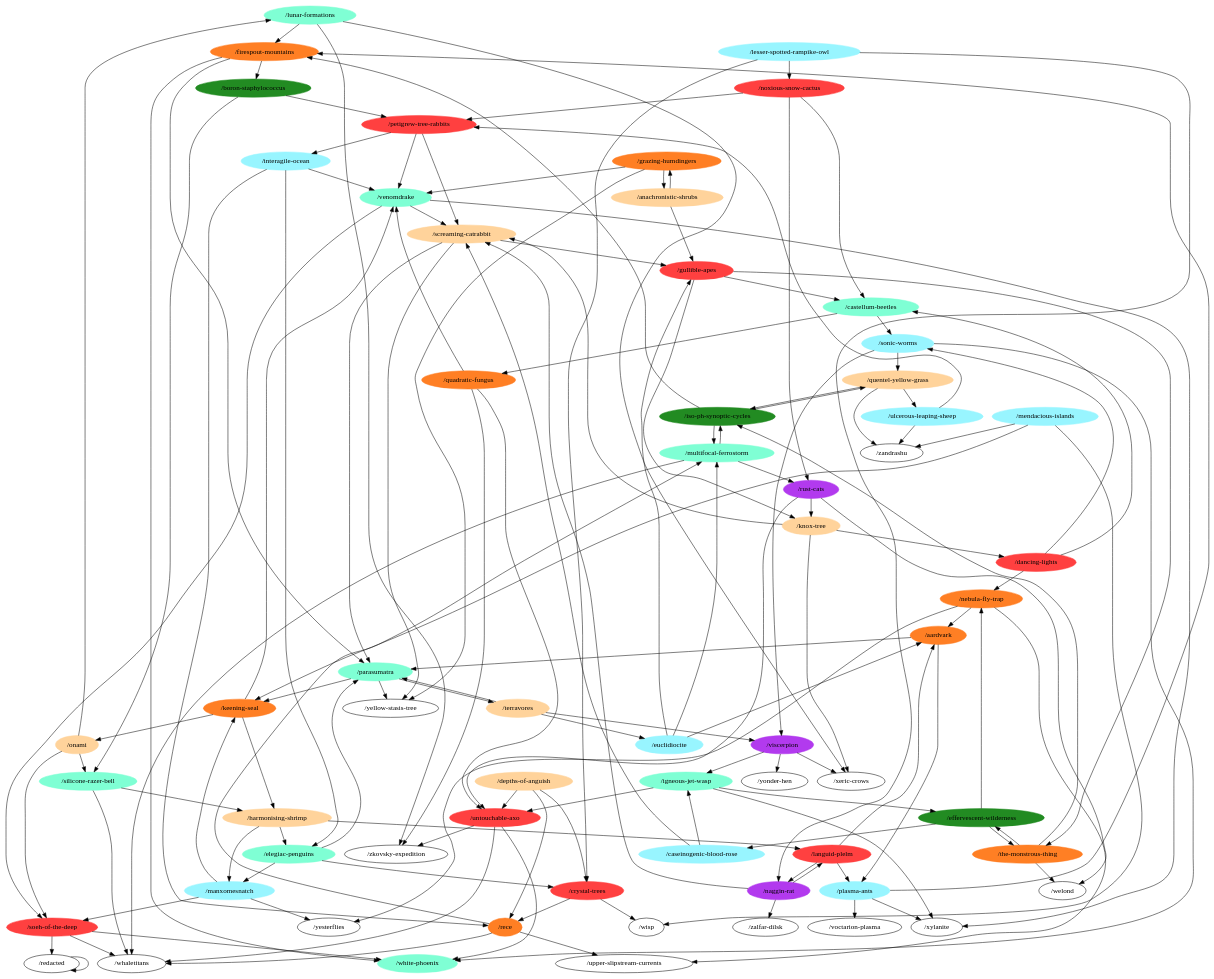
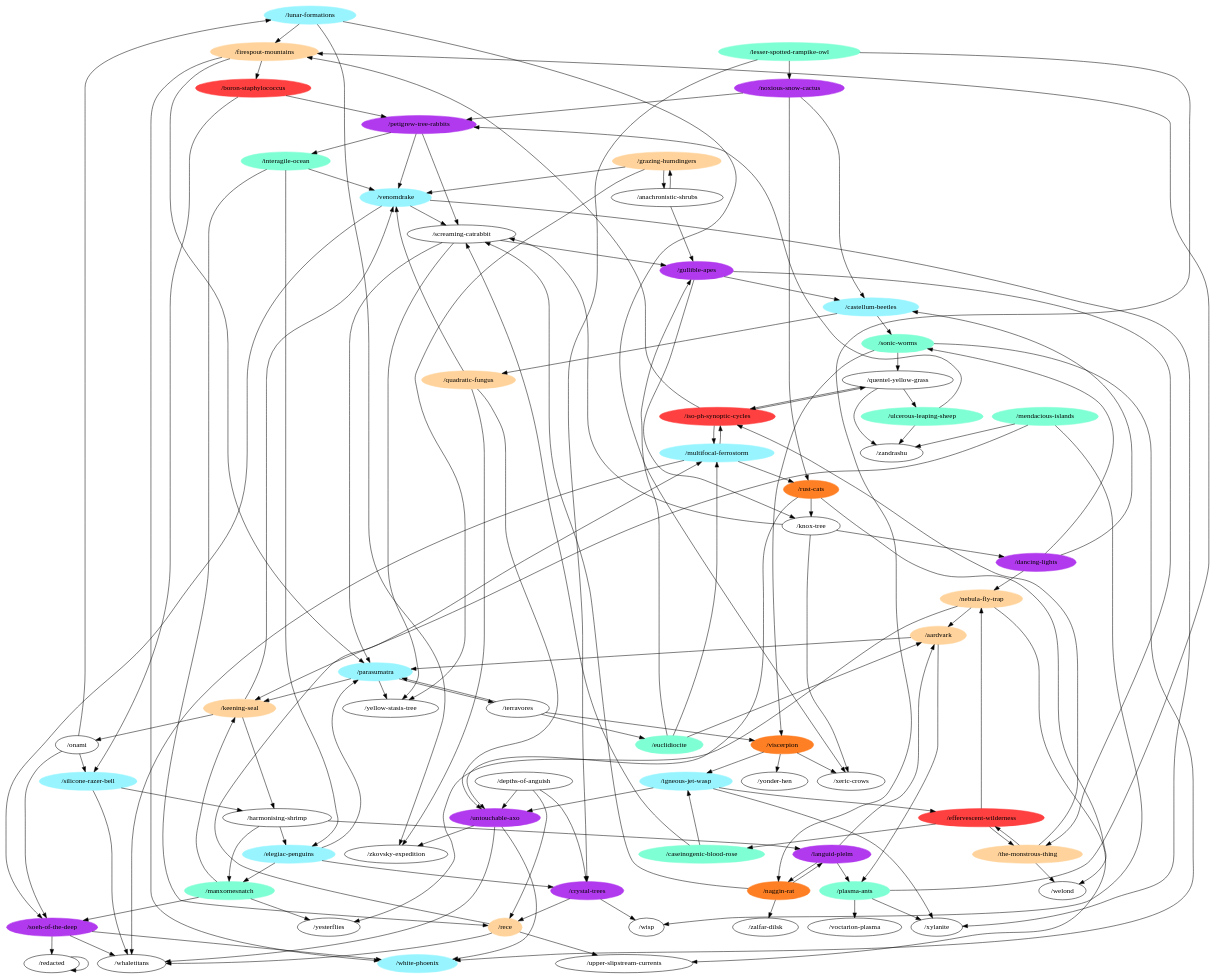
The diagram in general.dot (m-r-hunt/od117-walker), drawn with Graphviz before and after one commit. The commit also changed 3 other files, not shown here.

Commit message:
Update graphs.

```diff
--- a/general.dot
+++ b/general.dot
@@ -1,198 +1,198 @@
 digraph G {
-"/lunar-formations" [color=aquamarine,style=filled];
-"/naggin-rat" [color=darkorchid2,style=filled];
-"/iso-ph-synoptic-cycles" [color=forestgreen,style=filled];
-"/multifocal-ferrostorm" [color=aquamarine,style=filled];
-"/effervescent-wilderness" [color=forestgreen,style=filled];
-"/harmonising-shrimp" [color=burlywood1,style=filled];
-"/soeh-of-the-deep" [color=brown1,style=filled];
-"/boron-staphylococcus" [color=forestgreen,style=filled];
-"/untouchable-axo" [color=brown1,style=filled];
-"/castellum-beetles" [color=aquamarine,style=filled];
+"/lunar-formations" [color=cadetblue1,style=filled];
+"/naggin-rat" [color=chocolate1,style=filled];
+"/iso-ph-synoptic-cycles" [color=brown1,style=filled];
+"/multifocal-ferrostorm" [color=cadetblue1,style=filled];
+"/effervescent-wilderness" [color=brown1,style=filled];
+"/harmonising-shrimp";
+"/soeh-of-the-deep" [color=darkorchid2,style=filled];
+"/boron-staphylococcus" [color=brown1,style=filled];
+"/untouchable-axo" [color=darkorchid2,style=filled];
+"/castellum-beetles" [color=cadetblue1,style=filled];
 "/upper-slipstream-currents";
-"/firespout-mountains" [color=chocolate1,style=filled];
+"/firespout-mountains" [color=burlywood1,style=filled];
 "/xeric-crows";
 "/zalfar-dilsk";
-"/nebula-fly-trap" [color=chocolate1,style=filled];
-"/igneous-jet-wasp" [color=aquamarine,style=filled];
-"/lesser-spotted-rampike-owl" [color=cadetblue1,style=filled];
+"/nebula-fly-trap" [color=burlywood1,style=filled];
+"/igneous-jet-wasp" [color=cadetblue1,style=filled];
+"/lesser-spotted-rampike-owl" [color=aquamarine,style=filled];
 "/wisp";
 "/yonder-hen";
-"/venomdrake" [color=aquamarine,style=filled];
-"/petigrew-tree-rabbits" [color=brown1,style=filled];
+"/venomdrake" [color=cadetblue1,style=filled];
+"/petigrew-tree-rabbits" [color=darkorchid2,style=filled];
 "/welond";
-"/quentel-yellow-grass" [color=burlywood1,style=filled];
-"/noxious-snow-cactus" [color=brown1,style=filled];
-"/grazing-humdingers" [color=chocolate1,style=filled];
-"/viscerpion" [color=darkorchid2,style=filled];
-"/mendacious-islands" [color=cadetblue1,style=filled];
+"/quentel-yellow-grass";
+"/noxious-snow-cactus" [color=darkorchid2,style=filled];
+"/grazing-humdingers" [color=burlywood1,style=filled];
+"/viscerpion" [color=chocolate1,style=filled];
+"/mendacious-islands" [color=aquamarine,style=filled];
 "/zandrashu";
-"/dancing-lights" [color=brown1,style=filled];
+"/dancing-lights" [color=darkorchid2,style=filled];
 "/yesterflies";
-"/rece" [color=chocolate1,style=filled];
-"/languid-plelm" [color=brown1,style=filled];
-"/interagile-ocean" [color=cadetblue1,style=filled];
-"/ulcerous-leaping-sheep" [color=cadetblue1,style=filled];
-"/quadratic-fungus" [color=chocolate1,style=filled];
-"/rust-cats" [color=darkorchid2,style=filled];
-"/euclidiocite" [color=cadetblue1,style=filled];
-"/sonic-worms" [color=cadetblue1,style=filled];
-"/crystal-trees" [color=brown1,style=filled];
+"/rece" [color=burlywood1,style=filled];
+"/languid-plelm" [color=darkorchid2,style=filled];
+"/interagile-ocean" [color=aquamarine,style=filled];
+"/ulcerous-leaping-sheep" [color=aquamarine,style=filled];
+"/quadratic-fungus" [color=burlywood1,style=filled];
+"/rust-cats" [color=chocolate1,style=filled];
+"/euclidiocite" [color=aquamarine,style=filled];
+"/sonic-worms" [color=aquamarine,style=filled];
+"/crystal-trees" [color=darkorchid2,style=filled];
 "/yellow-stasis-tree";
-"/silicone-razer-bell" [color=aquamarine,style=filled];
-"/depths-of-anguish" [color=burlywood1,style=filled];
+"/silicone-razer-bell" [color=cadetblue1,style=filled];
+"/depths-of-anguish";
 "/whaletitans";
-"/elegiac-penguins" [color=aquamarine,style=filled];
-"/the-monstrous-thing" [color=chocolate1,style=filled];
-"/onami" [color=burlywood1,style=filled];
-"/gullible-apes" [color=brown1,style=filled];
-"/knox-tree" [color=burlywood1,style=filled];
-"/parasumatra" [color=aquamarine,style=filled];
-"/white-phoenix" [color=aquamarine,style=filled];
-"/manxomesnatch" [color=cadetblue1,style=filled];
+"/elegiac-penguins" [color=cadetblue1,style=filled];
+"/the-monstrous-thing" [color=burlywood1,style=filled];
+"/onami";
+"/gullible-apes" [color=darkorchid2,style=filled];
+"/knox-tree";
+"/parasumatra" [color=cadetblue1,style=filled];
+"/white-phoenix" [color=cadetblue1,style=filled];
+"/manxomesnatch" [color=aquamarine,style=filled];
 "/redacted";
-"/plasma-ants" [color=cadetblue1,style=filled];
-"/anachronistic-shrubs" [color=burlywood1,style=filled];
-"/keening-seal" [color=chocolate1,style=filled];
-"/caseinogenic-blood-rose" [color=cadetblue1,style=filled];
+"/plasma-ants" [color=aquamarine,style=filled];
+"/anachronistic-shrubs";
+"/keening-seal" [color=burlywood1,style=filled];
+"/caseinogenic-blood-rose" [color=aquamarine,style=filled];
 "/xylanite";
 "/voctarion-plasma";
-"/terravores" [color=burlywood1,style=filled];
+"/terravores";
 "/zkovsky-expedition";
-"/screaming-catrabbit" [color=burlywood1,style=filled];
-"/aardvark" [color=chocolate1,style=filled];
+"/screaming-catrabbit";
+"/aardvark" [color=burlywood1,style=filled];
 "/lunar-formations" -> "/firespout-mountains";
 "/lunar-formations" -> "/xeric-crows";
 "/lunar-formations" -> "/zkovsky-expedition";
 "/naggin-rat" -> "/zalfar-dilsk";
 "/naggin-rat" -> "/languid-plelm";
 "/naggin-rat" -> "/screaming-catrabbit";
 "/iso-ph-synoptic-cycles" -> "/multifocal-ferrostorm";
 "/iso-ph-synoptic-cycles" -> "/firespout-mountains";
 "/iso-ph-synoptic-cycles" -> "/quentel-yellow-grass";
 "/multifocal-ferrostorm" -> "/iso-ph-synoptic-cycles";
 "/multifocal-ferrostorm" -> "/rust-cats";
 "/multifocal-ferrostorm" -> "/whaletitans";
 "/effervescent-wilderness" -> "/nebula-fly-trap";
 "/effervescent-wilderness" -> "/the-monstrous-thing";
 "/effervescent-wilderness" -> "/caseinogenic-blood-rose";
 "/harmonising-shrimp" -> "/languid-plelm";
 "/harmonising-shrimp" -> "/elegiac-penguins";
 "/harmonising-shrimp" -> "/manxomesnatch";
 "/soeh-of-the-deep" -> "/whaletitans";
 "/soeh-of-the-deep" -> "/white-phoenix";
 "/soeh-of-the-deep" -> "/redacted";
 "/boron-staphylococcus" -> "/petigrew-tree-rabbits";
 "/boron-staphylococcus" -> "/silicone-razer-bell";
 "/untouchable-axo" -> "/whaletitans";
 "/untouchable-axo" -> "/white-phoenix";
 "/untouchable-axo" -> "/zkovsky-expedition";
 "/castellum-beetles" -> "/quadratic-fungus";
 "/castellum-beetles" -> "/sonic-worms";
 "/firespout-mountains" -> "/boron-staphylococcus";
 "/firespout-mountains" -> "/parasumatra";
 "/firespout-mountains" -> "/white-phoenix";
 "/nebula-fly-trap" -> "/upper-slipstream-currents";
 "/nebula-fly-trap" -> "/yesterflies";
 "/nebula-fly-trap" -> "/aardvark";
 "/igneous-jet-wasp" -> "/effervescent-wilderness";
 "/igneous-jet-wasp" -> "/untouchable-axo";
 "/igneous-jet-wasp" -> "/xylanite";
 "/lesser-spotted-rampike-owl" -> "/naggin-rat";
 "/lesser-spotted-rampike-owl" -> "/noxious-snow-cactus";
 "/lesser-spotted-rampike-owl" -> "/crystal-trees";
 "/venomdrake" -> "/soeh-of-the-deep";
 "/venomdrake" -> "/xylanite";
 "/venomdrake" -> "/screaming-catrabbit";
 "/petigrew-tree-rabbits" -> "/venomdrake";
 "/petigrew-tree-rabbits" -> "/interagile-ocean";
 "/petigrew-tree-rabbits" -> "/screaming-catrabbit";
 "/quentel-yellow-grass" -> "/iso-ph-synoptic-cycles";
 "/quentel-yellow-grass" -> "/zandrashu";
 "/quentel-yellow-grass" -> "/ulcerous-leaping-sheep";
 "/noxious-snow-cactus" -> "/castellum-beetles";
 "/noxious-snow-cactus" -> "/petigrew-tree-rabbits";
 "/noxious-snow-cactus" -> "/rust-cats";
 "/grazing-humdingers" -> "/venomdrake";
 "/grazing-humdingers" -> "/yellow-stasis-tree";
 "/grazing-humdingers" -> "/anachronistic-shrubs";
 "/viscerpion" -> "/xeric-crows";
 "/viscerpion" -> "/igneous-jet-wasp";
 "/viscerpion" -> "/yonder-hen";
 "/mendacious-islands" -> "/wisp";
 "/mendacious-islands" -> "/zandrashu";
 "/mendacious-islands" -> "/keening-seal";
 "/dancing-lights" -> "/castellum-beetles";
 "/dancing-lights" -> "/nebula-fly-trap";
 "/dancing-lights" -> "/sonic-worms";
 "/rece" -> "/multifocal-ferrostorm";
 "/rece" -> "/upper-slipstream-currents";
 "/rece" -> "/whaletitans";
 "/languid-plelm" -> "/naggin-rat";
 "/languid-plelm" -> "/plasma-ants";
 "/languid-plelm" -> "/aardvark";
 "/interagile-ocean" -> "/venomdrake";
 "/interagile-ocean" -> "/rece";
 "/interagile-ocean" -> "/elegiac-penguins";
 "/ulcerous-leaping-sheep" -> "/petigrew-tree-rabbits";
 "/ulcerous-leaping-sheep" -> "/zandrashu";
 "/quadratic-fungus" -> "/untouchable-axo";
 "/quadratic-fungus" -> "/venomdrake";
 "/quadratic-fungus" -> "/zkovsky-expedition";
 "/rust-cats" -> "/untouchable-axo";
 "/rust-cats" -> "/welond";
 "/rust-cats" -> "/knox-tree";
 "/euclidiocite" -> "/multifocal-ferrostorm";
 "/euclidiocite" -> "/gullible-apes";
 "/euclidiocite" -> "/aardvark";
 "/sonic-worms" -> "/quentel-yellow-grass";
 "/sonic-worms" -> "/viscerpion";
 "/sonic-worms" -> "/white-phoenix";
 "/crystal-trees" -> "/wisp";
 "/crystal-trees" -> "/rece";
 "/silicone-razer-bell" -> "/harmonising-shrimp";
 "/silicone-razer-bell" -> "/whaletitans";
 "/depths-of-anguish" -> "/untouchable-axo";
 "/depths-of-anguish" -> "/rece";
 "/depths-of-anguish" -> "/crystal-trees";
 "/elegiac-penguins" -> "/crystal-trees";
 "/elegiac-penguins" -> "/parasumatra";
 "/elegiac-penguins" -> "/manxomesnatch";
 "/the-monstrous-thing" -> "/iso-ph-synoptic-cycles";
 "/the-monstrous-thing" -> "/effervescent-wilderness";
 "/the-monstrous-thing" -> "/welond";
 "/onami" -> "/lunar-formations";
 "/onami" -> "/soeh-of-the-deep";
 "/onami" -> "/silicone-razer-bell";
 "/gullible-apes" -> "/castellum-beetles";
 "/gullible-apes" -> "/the-monstrous-thing";
 "/gullible-apes" -> "/knox-tree";
 "/knox-tree" -> "/xeric-crows";
 "/knox-tree" -> "/dancing-lights";
 "/knox-tree" -> "/screaming-catrabbit";
 "/parasumatra" -> "/yellow-stasis-tree";
 "/parasumatra" -> "/keening-seal";
 "/parasumatra" -> "/terravores";
 "/manxomesnatch" -> "/soeh-of-the-deep";
 "/manxomesnatch" -> "/yesterflies";
 "/manxomesnatch" -> "/keening-seal";
 "/redacted" -> "/redacted";
 "/plasma-ants" -> "/firespout-mountains";
 "/plasma-ants" -> "/xylanite";
 "/plasma-ants" -> "/voctarion-plasma";
 "/anachronistic-shrubs" -> "/grazing-humdingers";
 "/anachronistic-shrubs" -> "/gullible-apes";
 "/keening-seal" -> "/harmonising-shrimp";
 "/keening-seal" -> "/venomdrake";
 "/keening-seal" -> "/onami";
 "/caseinogenic-blood-rose" -> "/igneous-jet-wasp";
 "/caseinogenic-blood-rose" -> "/screaming-catrabbit";
 "/terravores" -> "/viscerpion";
 "/terravores" -> "/euclidiocite";
 "/terravores" -> "/parasumatra";
 "/screaming-catrabbit" -> "/yellow-stasis-tree";
 "/screaming-catrabbit" -> "/gullible-apes";
 "/screaming-catrabbit" -> "/parasumatra";
 "/aardvark" -> "/parasumatra";
 "/aardvark" -> "/plasma-ants";
 }
```
